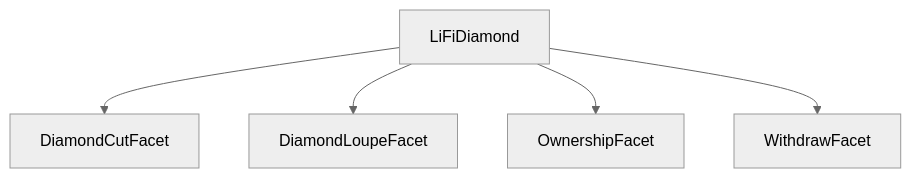
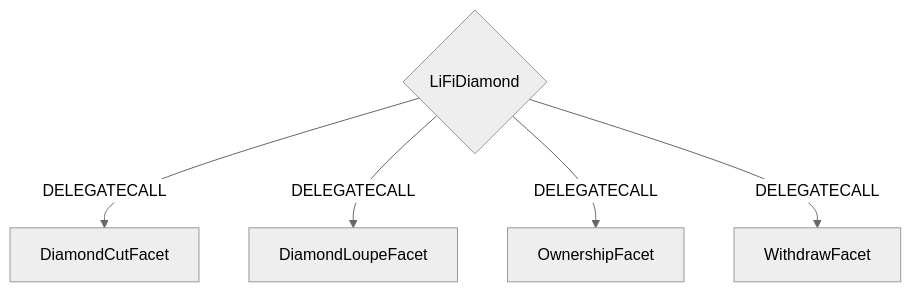
Before and after one commit to lifinance/contracts: the second of 2 diagrams in README.md, drawn with Mermaid (neutral theme). The commit also changed other lines of this file, not shown here.

Commit message:
📄 add more details to diagrams

````diff
--- a/README.md
+++ b/README.md
@@ -33,7 +33,7 @@
 ```mermaid
 graph TD;
-    LiFiDiamond-->DiamondCutFacet;
-    LiFiDiamond-->DiamondLoupeFacet;
-    LiFiDiamond-->OwnershipFacet;
-    LiFiDiamond-->WithdrawFacet;
+    D{LiFiDiamond}-- DELEGATECALL -->DiamondCutFacet;
+    D{LiFiDiamond}-- DELEGATECALL -->DiamondLoupeFacet;
+    D{LiFiDiamond}-- DELEGATECALL -->OwnershipFacet;
+    D{LiFiDiamond}-- DELEGATECALL -->WithdrawFacet;
 ```
````
